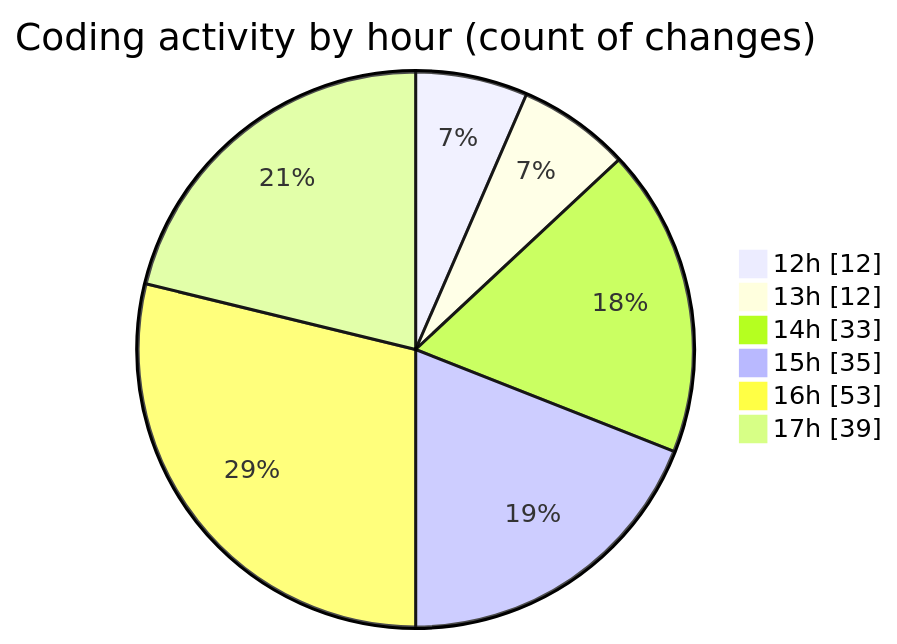
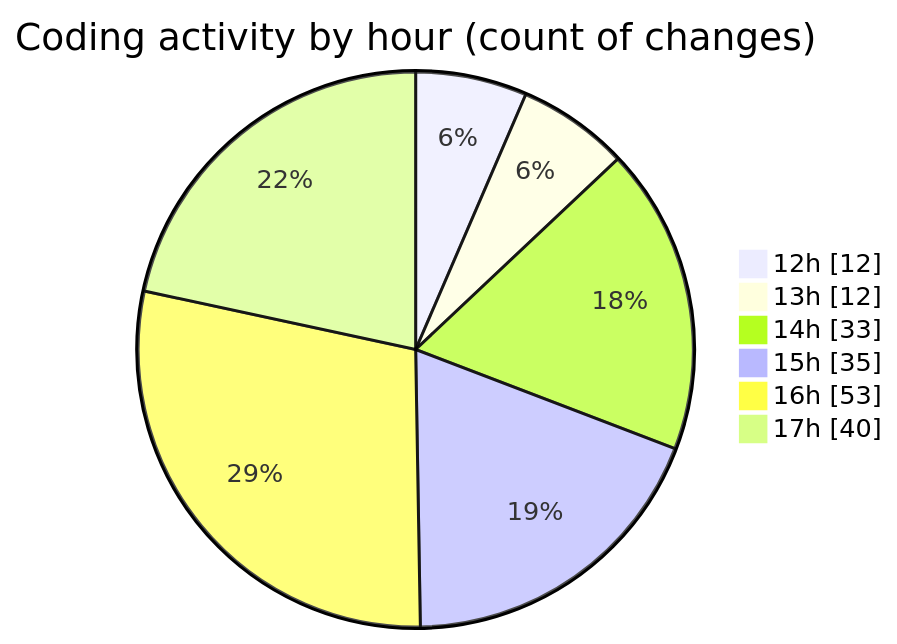
The second of 2 diagrams in 2025-09-24/cda/README.md (momahboobian/code-tracking), drawn with Mermaid before and after one commit. The commit also changed other lines of this file and 1 other file, not shown here.

````diff
--- a/2025-09-24/cda/README.md
+++ b/2025-09-24/cda/README.md
@@ -43,10 +43,10 @@
 ```mermaid
 pie showData
 title Coding activity by hour (count of changes)
 "12h" : 12
 "13h" : 12
 "14h" : 33
 "15h" : 35
 "16h" : 53
-"17h" : 39
+"17h" : 40
 ```
````
